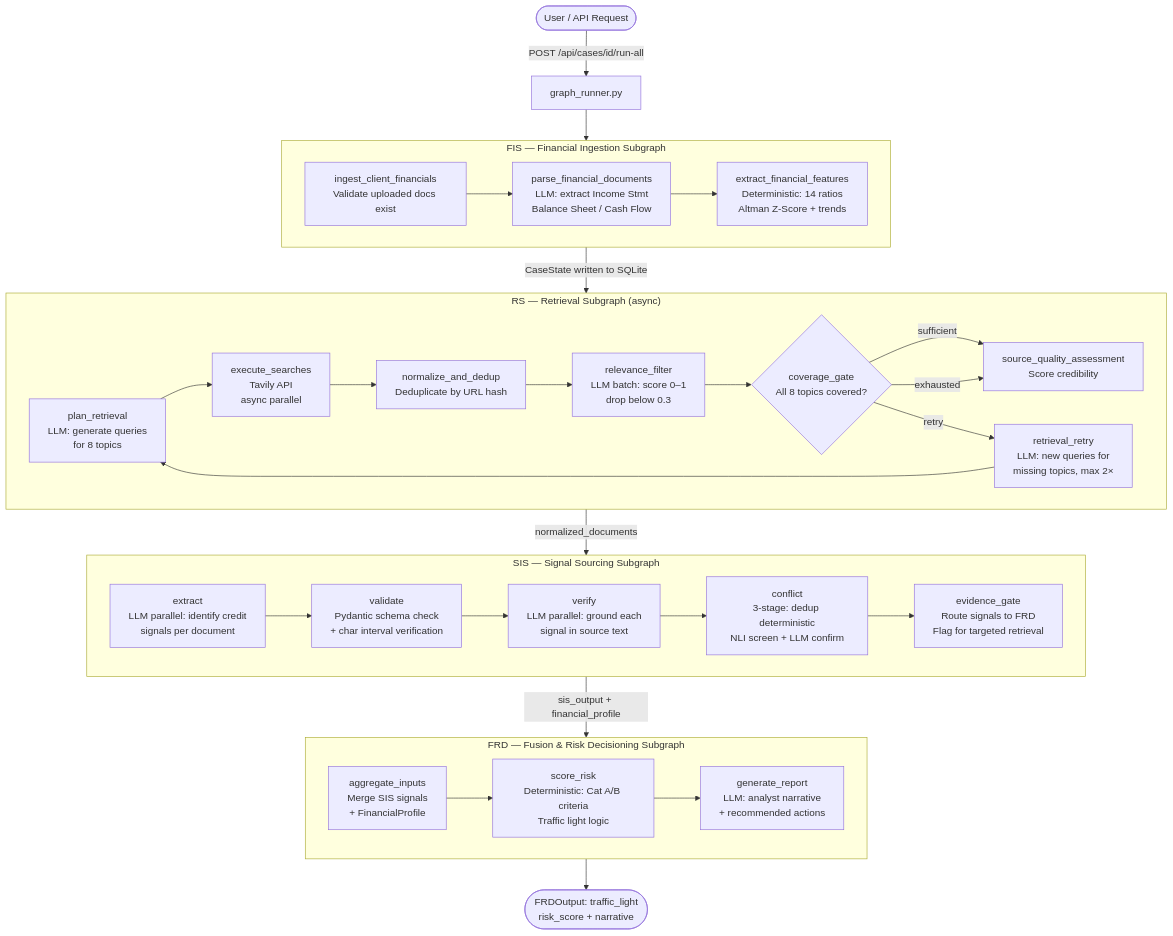
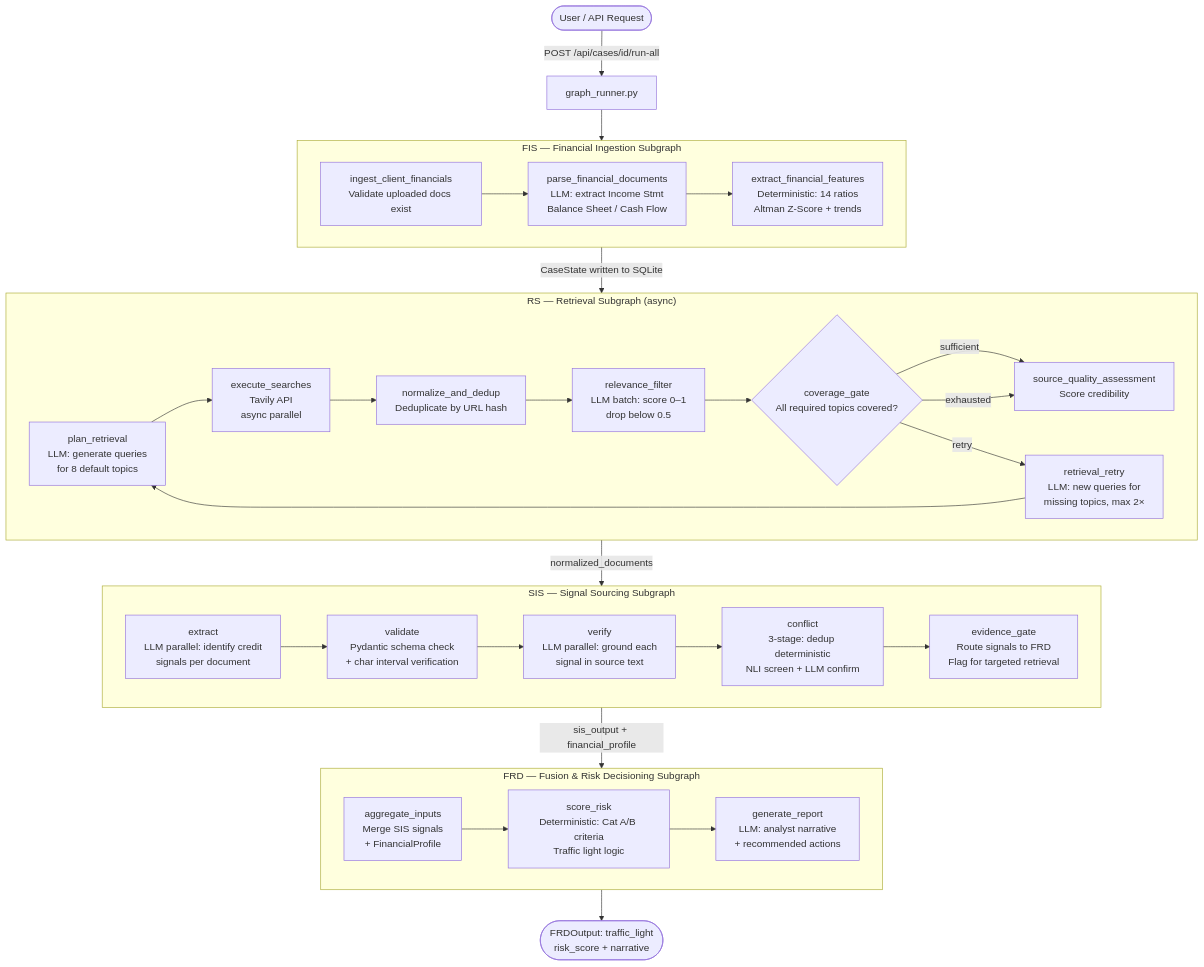
The first of 3 diagrams in WORKFLOW_DIAGRAM.md (haoyue-smu/crews-credit-risk-early-warning), drawn with Mermaid before and after one commit. The commit also changed other lines of this file and 41 other files, not shown here.

````diff
--- a/WORKFLOW_DIAGRAM.md
+++ b/WORKFLOW_DIAGRAM.md
@@ -5,51 +5,51 @@
 ```mermaid
 flowchart TD
     USER([User / API Request]) -->|POST /api/cases/id/run-all| GR[graph_runner.py]
 
     GR --> FIS_SUB
     FIS_SUB -->|CaseState written to SQLite| RS_SUB
     RS_SUB -->|normalized_documents| SIS_SUB
     SIS_SUB -->|sis_output + financial_profile| FRD_SUB
     FRD_SUB --> OUT([FRDOutput: traffic_light\nrisk_score + narrative])
 
     subgraph FIS_SUB["FIS — Financial Ingestion Subgraph"]
         direction LR
         FIS1[ingest_client_financials\nValidate uploaded docs exist]
         FIS2[parse_financial_documents\nLLM: extract Income Stmt\nBalance Sheet / Cash Flow]
         FIS3[extract_financial_features\nDeterministic: 14 ratios\nAltman Z-Score + trends]
         FIS1 --> FIS2 --> FIS3
     end
 
     subgraph RS_SUB["RS — Retrieval Subgraph (async)"]
         direction LR
-        RS1[plan_retrieval\nLLM: generate queries\nfor 8 topics]
+        RS1[plan_retrieval\nLLM: generate queries\nfor 8 default topics]
         RS2[execute_searches\nTavily API\nasync parallel]
         RS3[normalize_and_dedup\nDeduplicate by URL hash]
-        RS4[relevance_filter\nLLM batch: score 0–1\ndrop below 0.3]
-        RS5{coverage_gate\nAll 8 topics covered?}
+        RS4[relevance_filter\nLLM batch: score 0–1\ndrop below 0.5]
+        RS5{coverage_gate\nAll required topics covered?}
         RS6[retrieval_retry\nLLM: new queries for\nmissing topics, max 2×]
         RS7[source_quality_assessment\nScore credibility]
         RS1 --> RS2 --> RS3 --> RS4 --> RS5
         RS5 -->|sufficient| RS7
         RS5 -->|retry| RS6 --> RS1
         RS5 -->|exhausted| RS7
     end
 
     subgraph SIS_SUB["SIS — Signal Sourcing Subgraph"]
         direction LR
         SIS1[extract\nLLM parallel: identify credit\nsignals per document]
         SIS2[validate\nPydantic schema check\n+ char interval verification]
         SIS3[verify\nLLM parallel: ground each\nsignal in source text]
         SIS4[conflict\n3-stage: dedup deterministic\nNLI screen + LLM confirm]
         SIS5[evidence_gate\nRoute signals to FRD\nFlag for targeted retrieval]
         SIS1 --> SIS2 --> SIS3 --> SIS4 --> SIS5
     end
 
     subgraph FRD_SUB["FRD — Fusion & Risk Decisioning Subgraph"]
         direction LR
         FRD1[aggregate_inputs\nMerge SIS signals\n+ FinancialProfile]
         FRD2[score_risk\nDeterministic: Cat A/B criteria\nTraffic light logic]
         FRD3[generate_report\nLLM: analyst narrative\n+ recommended actions]
         FRD1 --> FRD2 --> FRD3
     end
 ```
````
